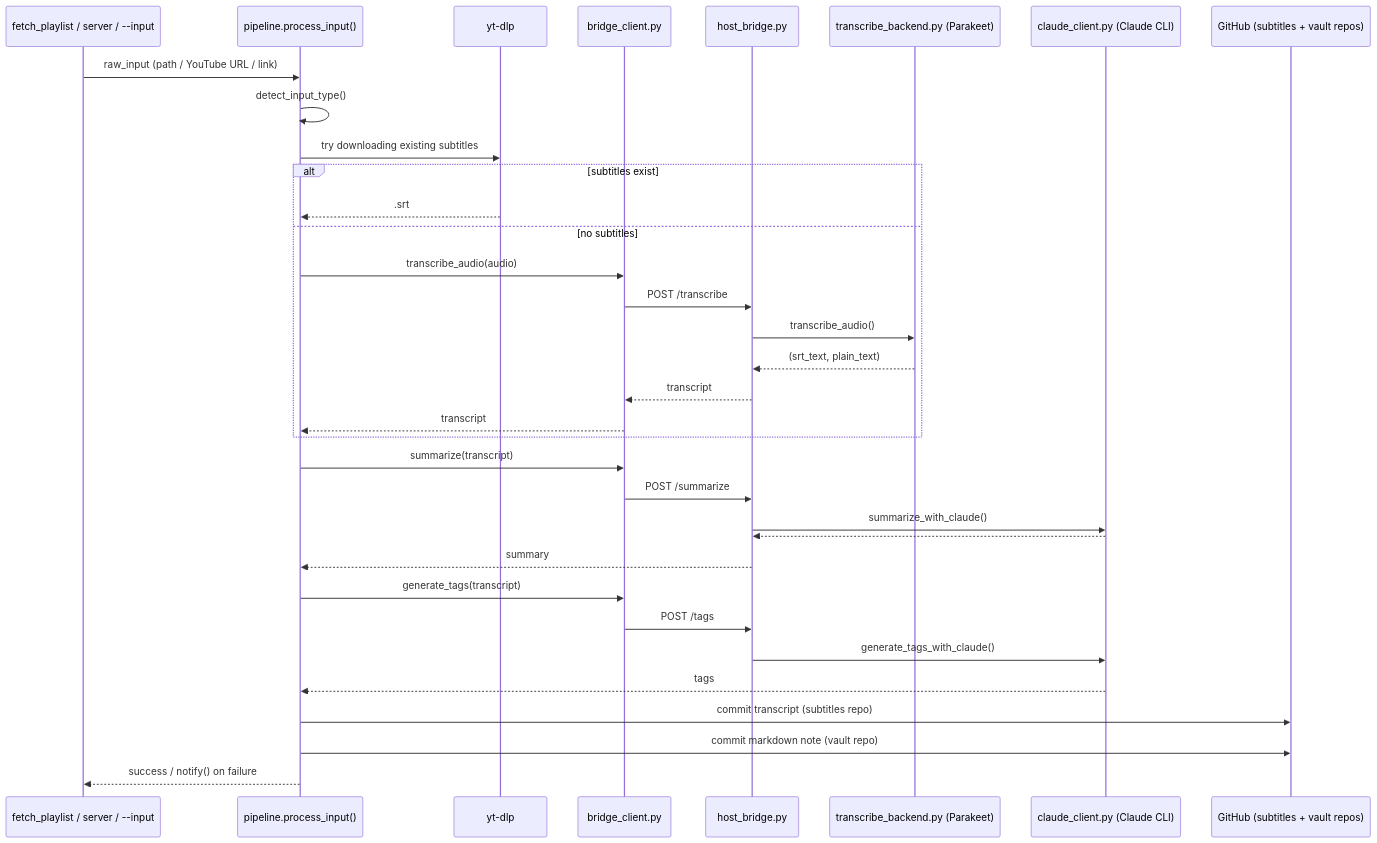
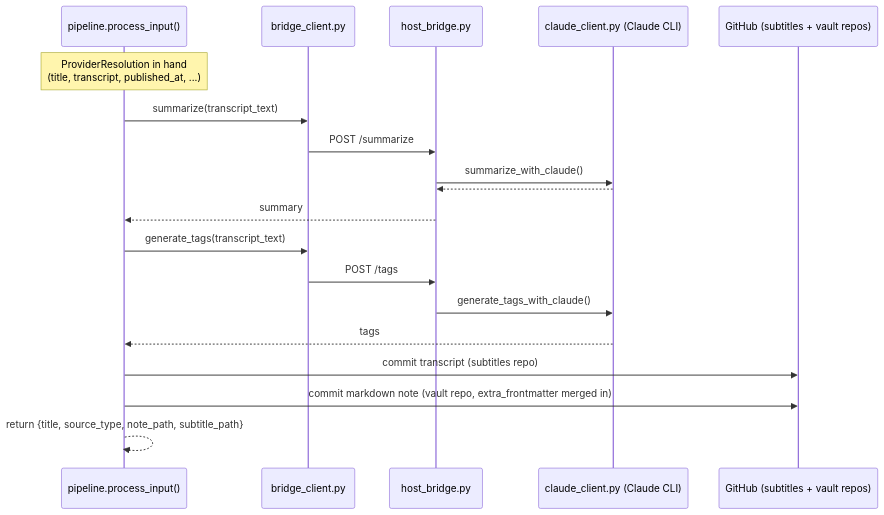
Before and after one commit to s1nack-dev/media-2-obsidian: the sixth of 7 diagrams in docs/architecture.md, drawn with Mermaid. The commit also changed other lines of this file, not shown here.

First line of the commit message:
Expand architecture docs: add pipeline, resolvers, and Spotify/RSS flow

````diff
--- a/docs/architecture.md
+++ b/docs/architecture.md
@@ -154,37 +256,22 @@
 ```mermaid
 sequenceDiagram
-    participant Trigger as fetch_playlist / server / --input
     participant P as pipeline.process_input()
-    participant YT as yt-dlp
     participant BC as bridge_client.py
     participant HB as host_bridge.py
-    participant TB as transcribe_backend.py (Parakeet)
     participant CC as claude_client.py (Claude CLI)
     participant GH as GitHub (subtitles + vault repos)
 
-    Trigger->>P: raw_input (path / YouTube URL / link)
-    P->>P: detect_input_type()
-    P->>YT: try downloading existing subtitles
-    alt subtitles exist
-        YT-->>P: .srt
-    else no subtitles
-        P->>BC: transcribe_audio(audio)
-        BC->>HB: POST /transcribe
-        HB->>TB: transcribe_audio()
-        TB-->>HB: (srt_text, plain_text)
-        HB-->>BC: transcript
-        BC-->>P: transcript
-    end
-    P->>BC: summarize(transcript)
+    Note over P: ProviderResolution in hand<br/>(title, transcript, published_at, ...)
+    P->>BC: summarize(transcript_text)
     BC->>HB: POST /summarize
     HB->>CC: summarize_with_claude()
     CC-->>HB: ## SUMMARY ...
     HB-->>P: summary
-    P->>BC: generate_tags(transcript)
+    P->>BC: generate_tags(transcript_text)
     BC->>HB: POST /tags
     HB->>CC: generate_tags_with_claude()
     CC-->>P: tags
     P->>GH: commit transcript (subtitles repo)
-    P->>GH: commit markdown note (vault repo)
-    P-->>Trigger: success / notify() on failure
+    P->>GH: commit markdown note (vault repo, extra_frontmatter merged in)
+    P-->>P: return {title, source_type, note_path, subtitle_path}
 ```
````
